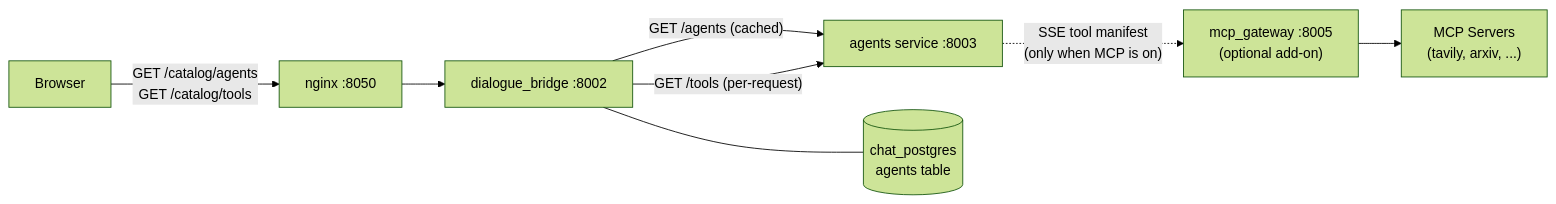
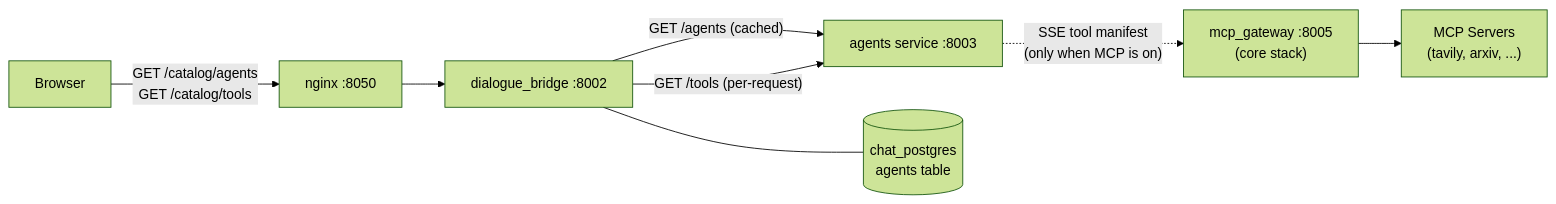
Before and after one commit to konstantinosmpouros/mAgenticX: the first of 6 diagrams in docs/flows/catalog.md, drawn with Mermaid (forest theme). The commit also changed other lines of this file and 17 other files, not shown here.

Commit message:
chore(deploy,docs): merge the MCP gateway into the core local stack, no host port and on by default; Dennis keeps it as plain Compose in /opt/magenticx/mcp_gateway with a fixed project name

````diff
--- a/docs/flows/catalog.md
+++ b/docs/flows/catalog.md
@@ -9,10 +9,10 @@
 ```mermaid
 flowchart LR
     Browser["Browser"] -->|"GET /catalog/agents\nGET /catalog/tools"| nginx["nginx :8050"]
     nginx --> bridge["dialogue_bridge :8002"]
     bridge -->|"GET /agents (cached)"| agents["agents service :8003"]
     bridge -->|"GET /tools (per-request)"| agents
-    agents -.->|"SSE tool manifest\n(only when MCP is on)"| mcp["mcp_gateway :8005\n(optional add-on)"]
+    agents -.->|"SSE tool manifest\n(only when MCP is on)"| mcp["mcp_gateway :8005\n(core stack)"]
     mcp --> servers["MCP Servers\n(tavily, arxiv, ...)"]
     bridge --- pg[("chat_postgres\nagents table")]
 ```
````
